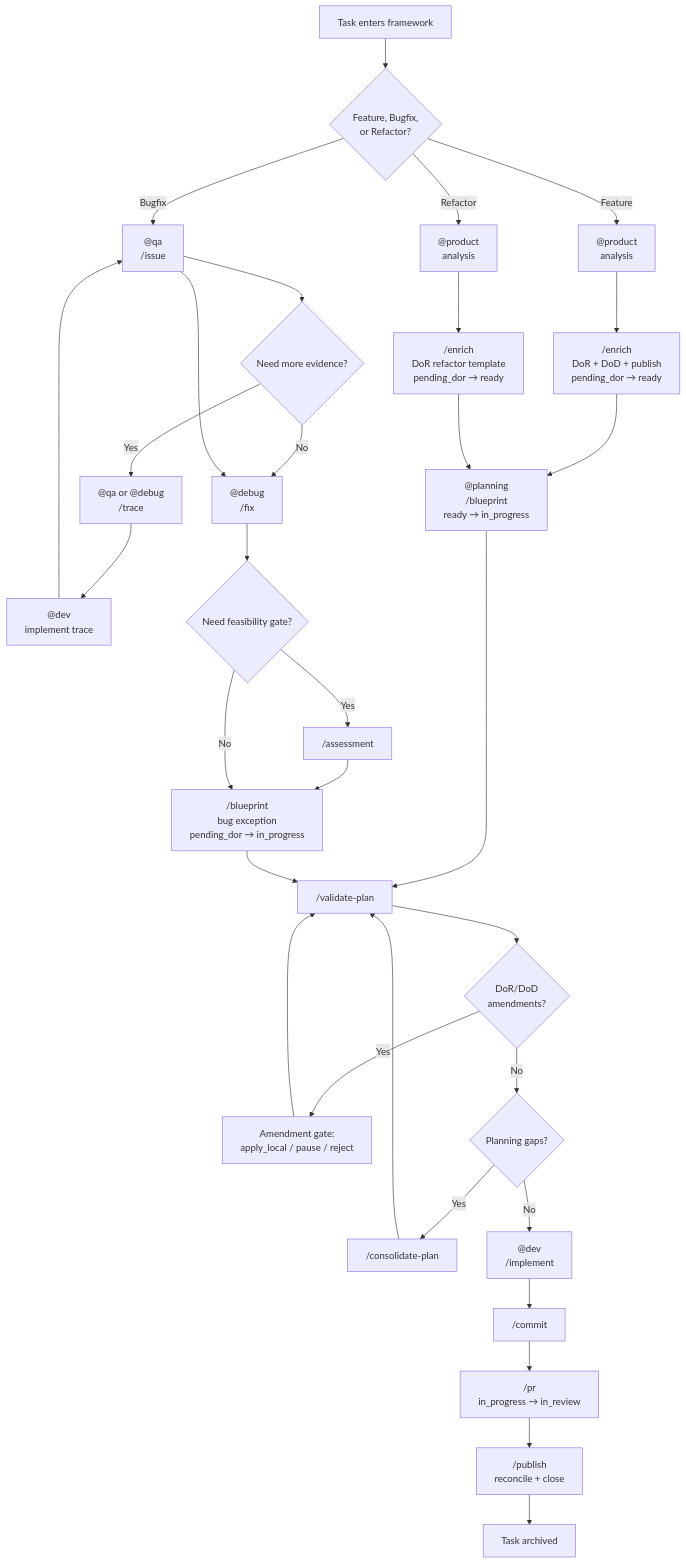
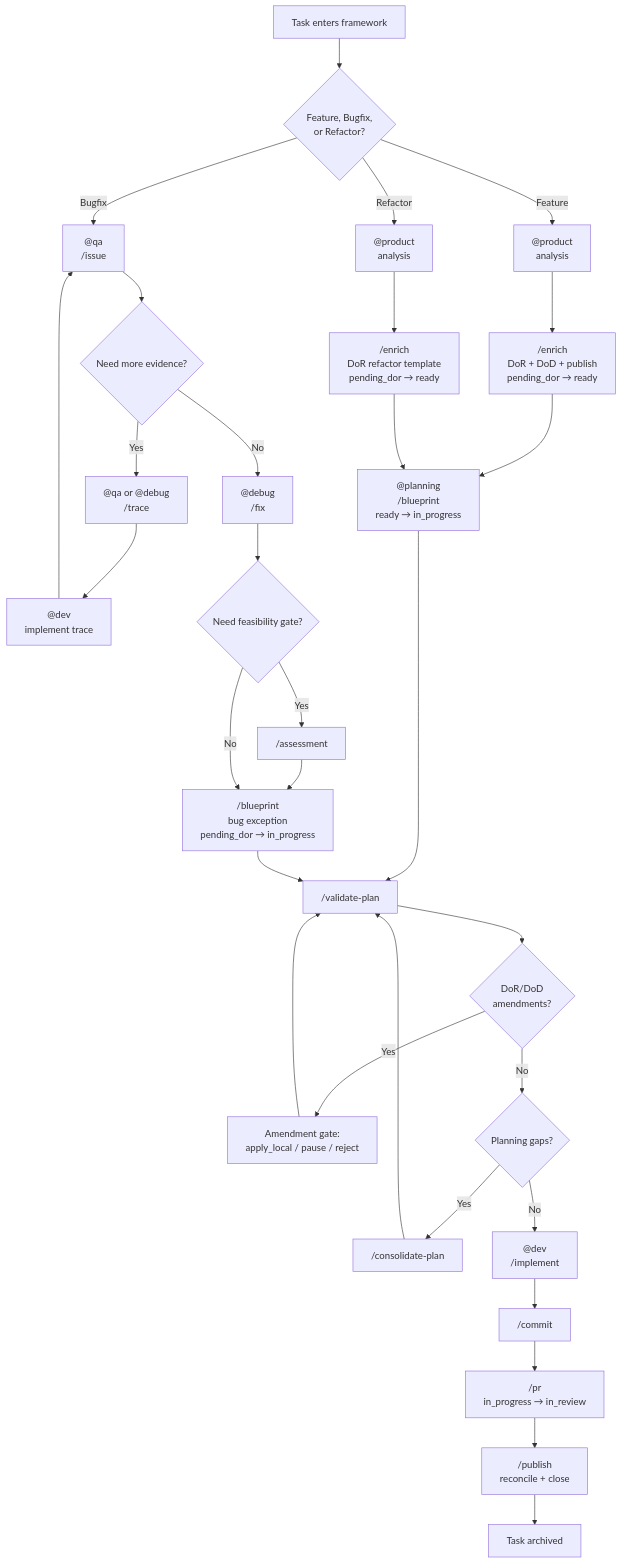
The diagram in docs/WORKFLOWS.md (reeceGuerra/aias), drawn with Mermaid before and after one commit. The commit also changed other lines of this file, not shown here.

First line of the commit message:
[FIX]: correct tool-specific title, spurious mermaid edge, and stale status.md defaults in WORKFLOWS.md

````diff
--- a/docs/WORKFLOWS.md
+++ b/docs/WORKFLOWS.md
@@ -53,38 +53,37 @@
 ```mermaid
 flowchart TD
     Start["Task enters framework"]
 
     Start --> Entry{"Feature, Bugfix,<br/>or Refactor?"}
 
     Entry -->|Feature| Product["@product<br/>analysis"]
     Product --> Enrich["/enrich<br/>DoR + DoD + publish<br/>pending_dor → ready"]
     Enrich --> Planning["@planning<br/>/blueprint<br/>ready → in_progress"]
     Planning --> Validate["/validate-plan"]
     Validate --> Amendments{"DoR/DoD<br/>amendments?"}
     Amendments -->|Yes| AmendGate["Amendment gate:<br/>apply_local / pause / reject"]
     AmendGate --> Validate
     Amendments -->|No| Gaps{"Planning gaps?"}
     Gaps -->|Yes| Consolidate["/consolidate-plan"] --> Validate
     Gaps -->|No| Dev["@dev<br/>/implement"]
     Dev --> Commit["/commit"]
     Commit --> PR["/pr<br/>in_progress → in_review"]
     PR --> Publish["/publish<br/>reconcile + close"]
     Publish --> Done["Task archived"]
 
     Entry -->|Bugfix| QA["@qa<br/>/issue"]
     QA --> Trace{"Need more evidence?"}
     Trace -->|Yes| TracePlan["@qa or @debug<br/>/trace"]
     TracePlan --> TraceImpl["@dev<br/>implement trace"]
     TraceImpl --> QA
     Trace -->|No| Debug["@debug<br/>/fix"]
-    QA --> Debug
     Debug --> Assessment{"Need feasibility gate?"}
     Assessment -->|Yes| Feasibility["/assessment"]
     Feasibility --> BugBlueprint["/blueprint<br/>bug exception<br/>pending_dor → in_progress"]
     Assessment -->|No| BugBlueprint
     BugBlueprint --> Validate
 
     Entry -->|Refactor| RefProduct["@product<br/>analysis"]
     RefProduct --> RefEnrich["/enrich<br/>DoR refactor template<br/>pending_dor → ready"]
     RefEnrich --> Planning
 ```
````
